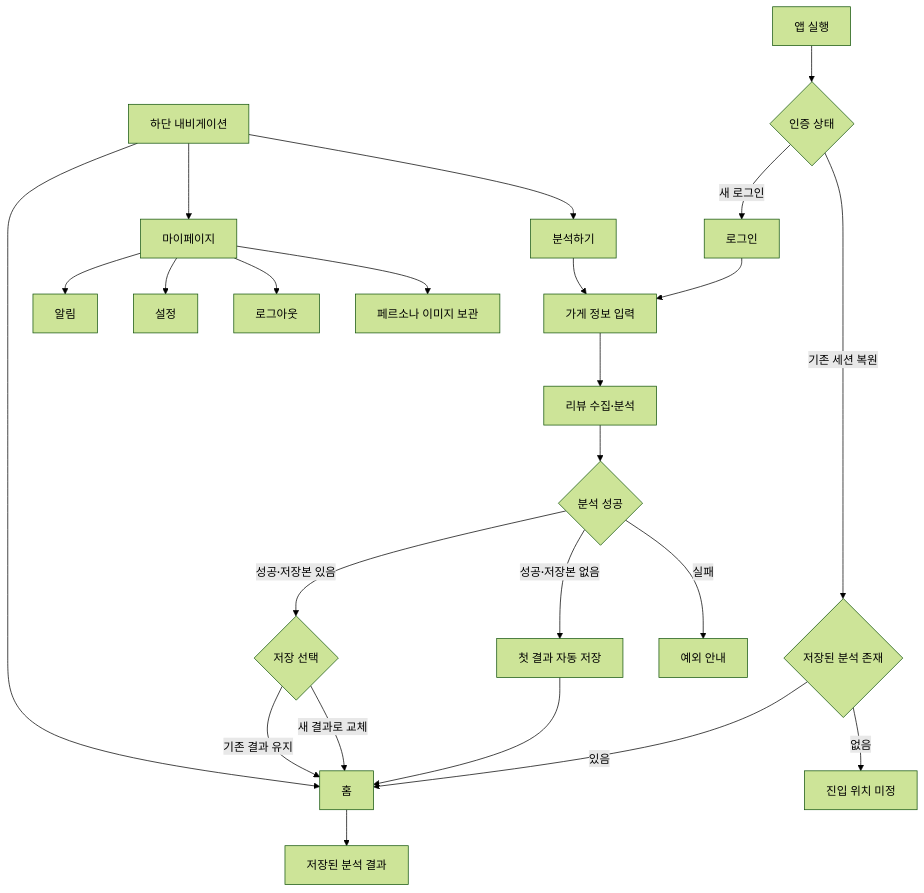
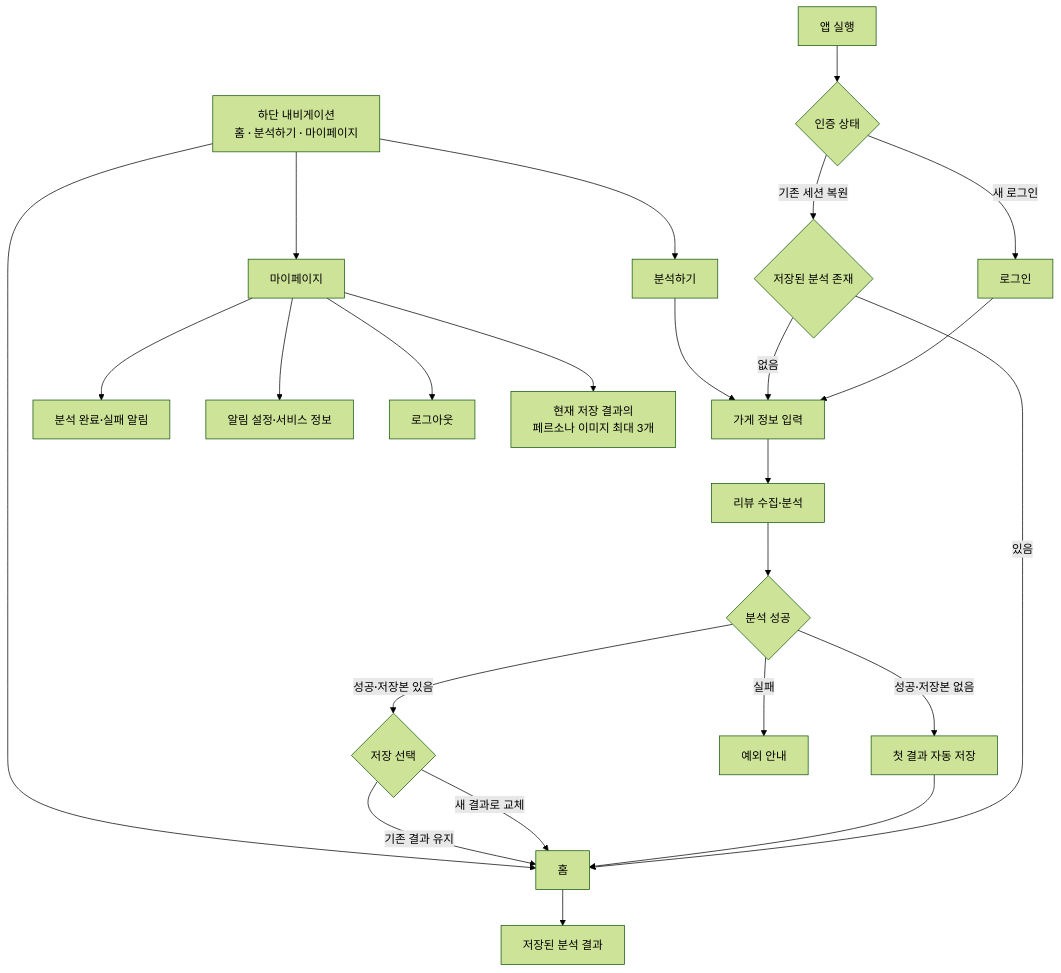
One commit to SKUnohtaekyung/PULSE_SCC changed the first of 2 diagrams in docs/product/requirements/RESULT_IA.md. Above: the diagram before and after it, drawn with Mermaid (forest theme). The commit also changed other lines of this file and 4 other files, not shown here.

````diff
--- a/docs/product/requirements/RESULT_IA.md
+++ b/docs/product/requirements/RESULT_IA.md
@@ -24,27 +24,27 @@
 ```mermaid
 flowchart TD
     A[앱 실행] --> B{인증 상태}
     B -- 새 로그인 --> C[로그인]
     C --> D[가게 정보 입력]
     B -- 기존 세션 복원 --> Z{저장된 분석 존재}
     Z -- 있음 --> H[홈]
-    Z -- 없음 --> Z1[진입 위치 미정]
+    Z -- 없음 --> D
     D --> E[리뷰 수집·분석]
     E --> F{분석 성공}
     F -- 성공·저장본 없음 --> G[첫 결과 자동 저장]
     G --> H
     F -- 성공·저장본 있음 --> R{저장 선택}
     R -- 새 결과로 교체 --> H
     R -- 기존 결과 유지 --> H
     F -- 실패 --> X[예외 안내]
 
     H --> H1[저장된 분석 결과]
-    N[하단 내비게이션] --> H
+    N[하단 내비게이션<br/>홈 · 분석하기 · 마이페이지] --> H
     N --> I[분석하기]
     I --> D
     N --> M[마이페이지]
-    M --> M1[알림]
-    M --> M2[설정]
+    M --> M1[분석 완료·실패 알림]
+    M --> M2[알림 설정·서비스 정보]
     M --> M3[로그아웃]
-    M --> M4[페르소나 이미지 보관]
+    M --> M4[현재 저장 결과의<br/>페르소나 이미지 최대 3개]
 ```
````
